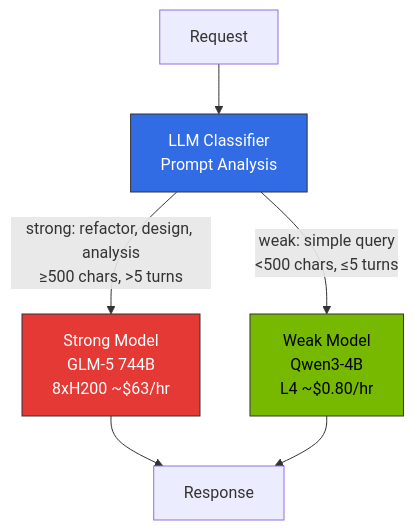
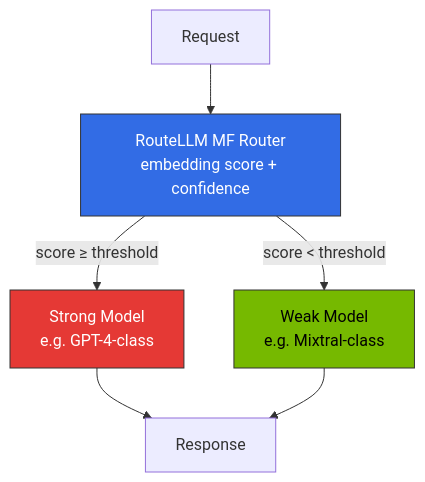
One commit to devfloor9/engineering-playbook changed the third of 3 diagrams in docs/agentic-ai-platform/model-serving/inference-routing/request-cascading.md. Above: the diagram before and after it, drawn with Mermaid. The commit also changed other lines of this file and 37 other files, not shown here.

````diff
--- a/docs/agentic-ai-platform/model-serving/inference-routing/request-cascading.md
+++ b/docs/agentic-ai-platform/model-serving/inference-routing/request-cascading.md
@@ -271,12 +301,12 @@
 ```mermaid
 graph TD
-    Req[Request] --> Router[LLM Classifier<br/>Prompt Analysis]
-    Router -->|strong: refactor, design, analysis<br/>≥500 chars, >5 turns| LLM[Strong Model<br/>GLM-5 744B<br/>8xH200 ~$63/hr]
-    Router -->|weak: simple query<br/><500 chars, ≤5 turns| SLM[Weak Model<br/>Qwen3-4B<br/>L4 ~$0.80/hr]
+    Req[Request] --> MF[RouteLLM MF Router<br/>embedding score + confidence]
+    MF -->|score ≥ threshold| LLM[Strong Model<br/>e.g. GPT-4-class]
+    MF -->|score < threshold| SLM[Weak Model<br/>e.g. Mixtral-class]
     LLM --> Resp[Response]
     SLM --> Resp
 
-    style Router fill:#326ce5,stroke:#333,color:#fff
+    style MF fill:#326ce5,stroke:#333,color:#fff
     style LLM fill:#e53935,stroke:#333,color:#fff
     style SLM fill:#76b900,stroke:#333,color:#000
 ```
````
